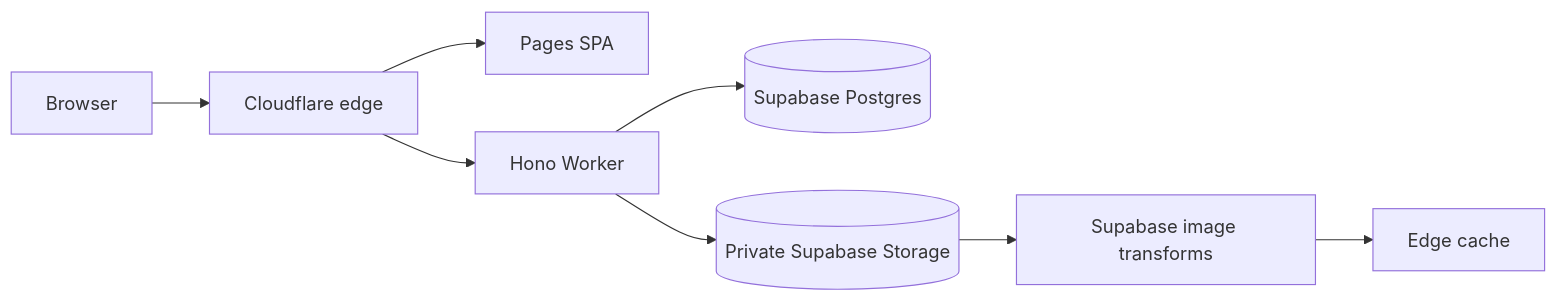
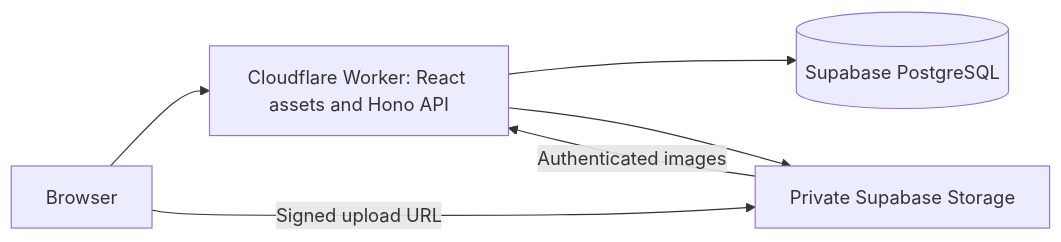
The diagram in README.md (shivanshu11092003/trizen), drawn with Mermaid before and after one commit. The commit also changed other lines of this file and 50 other files, not shown here.

````diff
--- a/README.md
+++ b/README.md
@@ -51,10 +68,8 @@
 ```mermaid
 flowchart LR
-  Browser --> Edge[Cloudflare edge]
-  Edge --> Pages[Pages SPA]
-  Edge --> Worker[Hono Worker]
-  Worker --> DB[(Supabase Postgres)]
-  Worker --> Storage[(Private Supabase Storage)]
-  Storage --> Resize[Supabase image transforms]
-  Resize --> CDN[Edge cache]
+  Browser --> Worker[Cloudflare Worker: React assets and Hono API]
+  Worker --> DB[(Supabase PostgreSQL)]
+  Worker --> Storage[Private Supabase Storage]
+  Browser -->|Signed upload URL| Storage
+  Storage -->|Authenticated images| Worker
 ```
````
